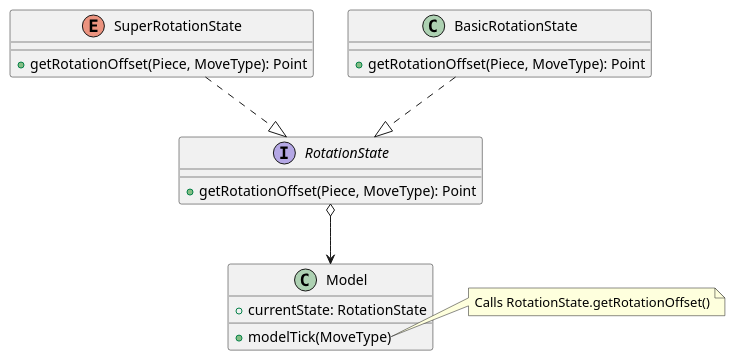
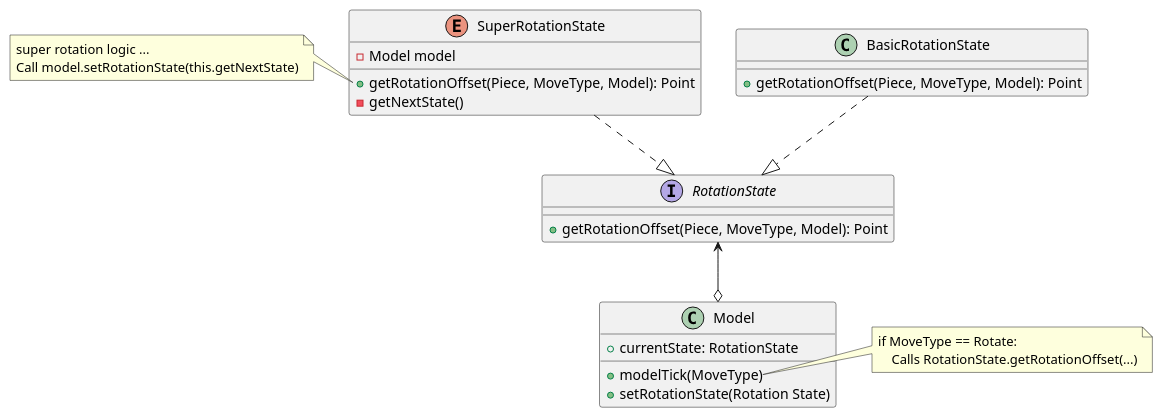
One commit to jimmy-zx/SAC changed the diagram in docs/uml/spin.puml. Above: the diagram before and after it, drawn with PlantUML. The commit also changed 2 other files, not shown here.

Commit message:
[docs] Updated uml

```diff
--- a/docs/uml/spin.puml
+++ b/docs/uml/spin.puml
@@ -1,28 +1,37 @@
 @startuml
 
 interface RotationState {
-+ getRotationOffset(Piece, MoveType): Point
++ getRotationOffset(Piece, MoveType, Model): Point
 }
 
 enum SuperRotationState {
-+ getRotationOffset(Piece, MoveType): Point
+- Model model
++ getRotationOffset(Piece, MoveType, Model): Point
+- getNextState()
 }
 
+note left of SuperRotationState::getRotationOffset
+super rotation logic ...
+Call model.setRotationState(this.getNextState)
+end note
+
 class BasicRotationState {
-+ getRotationOffset(Piece, MoveType): Point
++ getRotationOffset(Piece, MoveType, Model): Point
 }
 
 class Model {
 + currentState: RotationState
 + modelTick(MoveType)
++ setRotationState(Rotation State)
 }
 
 note right of Model::modelTick
-Calls RotationState.getRotationOffset()
+if MoveType == Rotate:
+    Calls RotationState.getRotationOffset(...)
 end note
 
-RotationState o--> Model
+RotationState <--o Model
 SuperRotationState ..|> RotationState
 BasicRotationState ..|> RotationState
 
 @enduml
```
